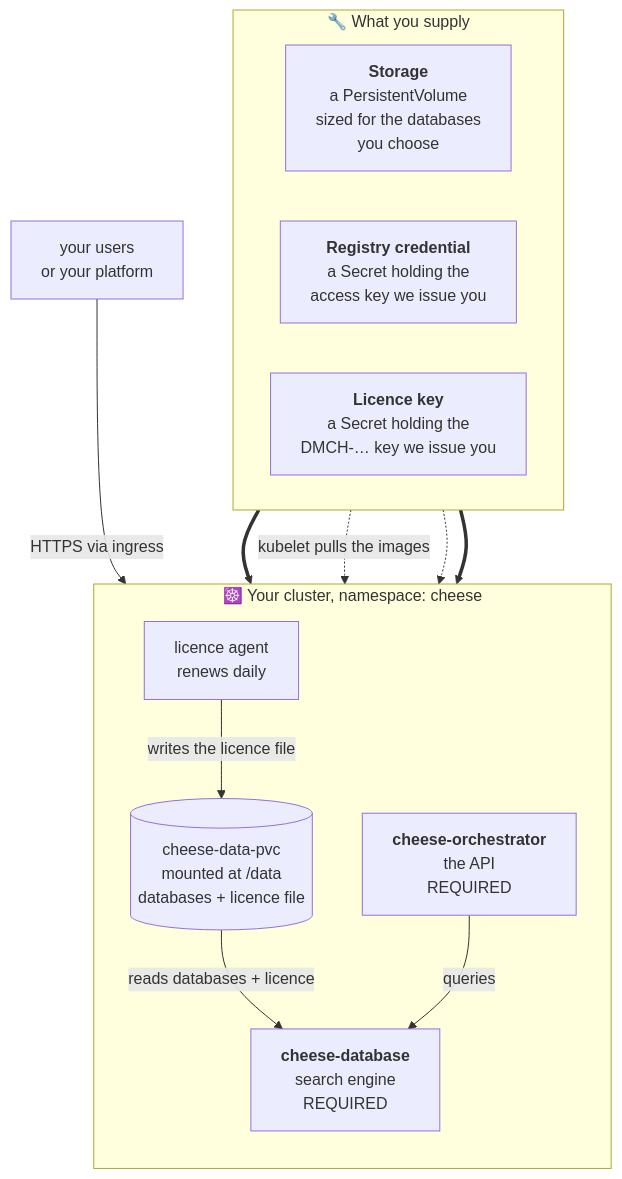
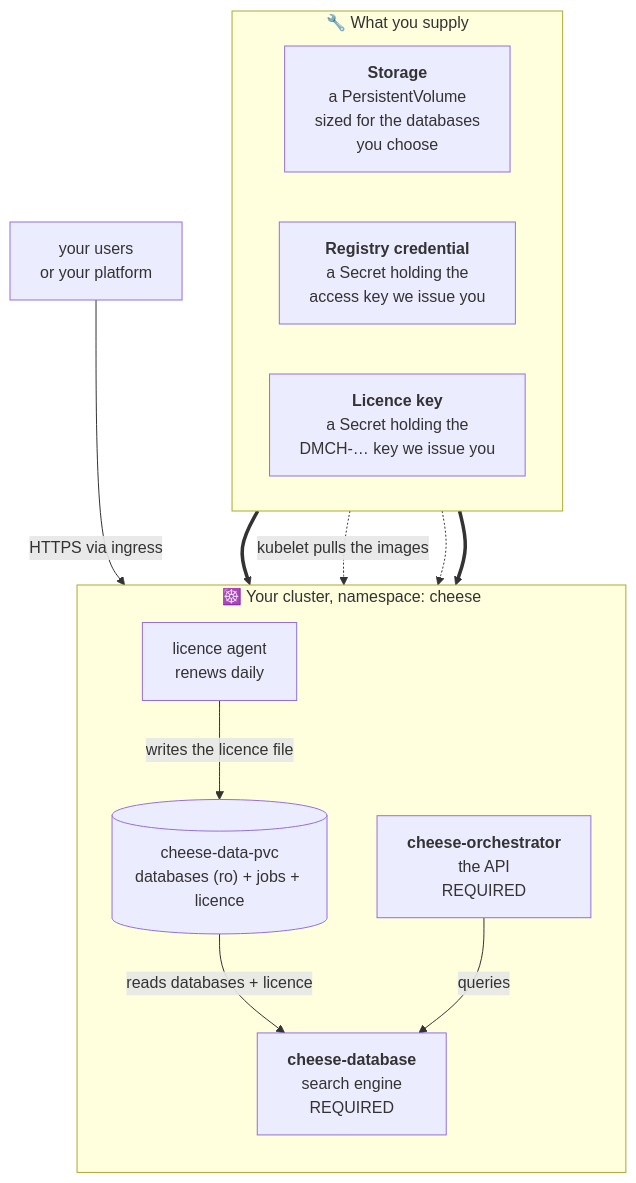
Before and after one commit to Deep-MedChem/cheese-on-prem: the diagram in k8s/README.md, drawn with Mermaid. The commit also changed other lines of this file and 14 other files, not shown here.

````diff
--- a/k8s/README.md
+++ b/k8s/README.md
@@ -18,28 +18,28 @@
 ```mermaid
 flowchart TB
     subgraph provide["🔧 What you supply"]
         direction LR
         VOL["<b>Storage</b><br/>a PersistentVolume<br/>sized for the databases<br/>you choose"]
         PULL["<b>Registry credential</b><br/>a Secret holding the<br/>access key we issue you"]
         LIC["<b>Licence key</b><br/>a Secret holding the<br/>DMCH-… key we issue you"]
     end
 
     subgraph ns["☸️ Your cluster, namespace: cheese"]
         direction TB
-        PVC[("cheese-data-pvc<br/>mounted at /data<br/>databases + licence file")]
+        PVC[("cheese-data-pvc<br/>databases (ro) + jobs + licence")]
         DB["<b>cheese-database</b><br/>search engine<br/>REQUIRED"]
         ORCH["<b>cheese-orchestrator</b><br/>the API<br/>REQUIRED"]
         AGENT["licence agent<br/>renews daily"]
     end
 
     USERS["your users<br/>or your platform"]
 
     VOL ==> PVC
     PULL -. "kubelet pulls the images" .-> DB
     PULL -.-> ORCH
     LIC ==> AGENT
     AGENT -- "writes the licence file" --> PVC
     PVC -- "reads databases + licence" --> DB
     ORCH -- "queries" --> DB
     USERS -- "HTTPS via ingress" --> ORCH
 ```
````
